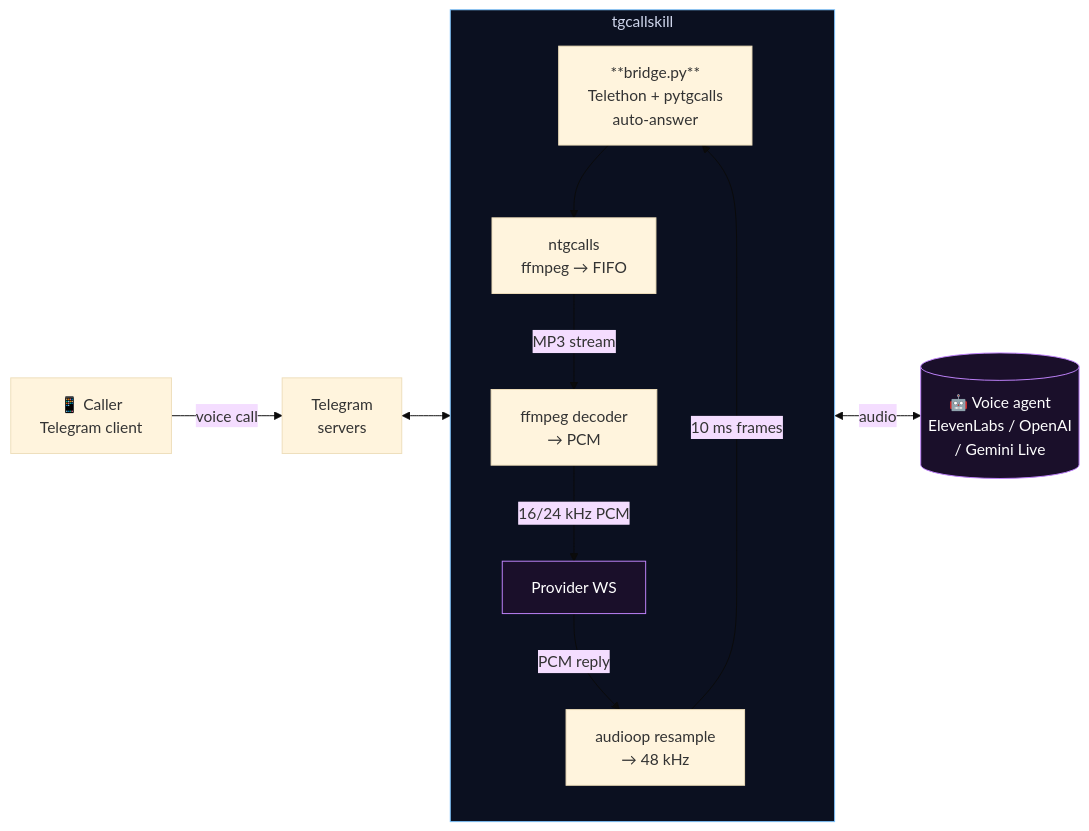
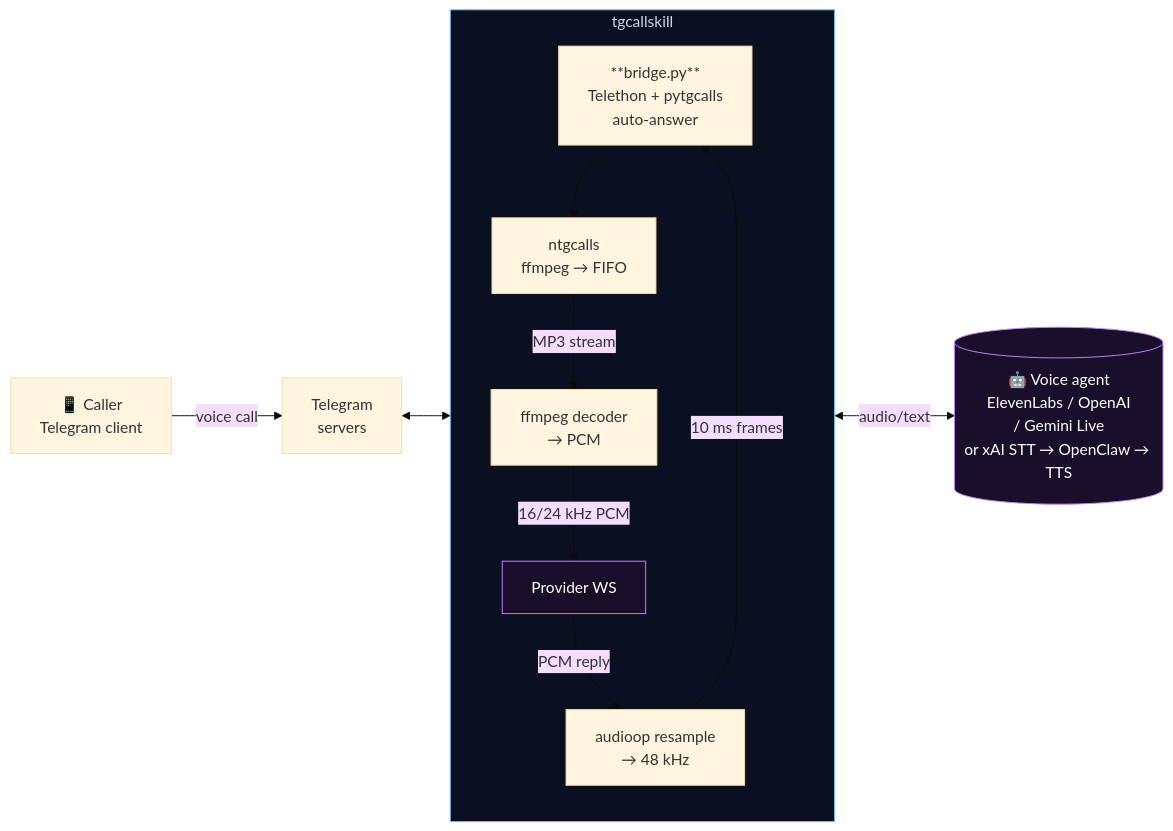
The diagram in README.md (lintware/telegramcaller), drawn with Mermaid (base theme) before and after one commit. The commit also changed other lines of this file and 4 other files, not shown here.

Commit message:
Add xAI STT TTS Chippy turn provider

````diff
--- a/README.md
+++ b/README.md
@@ -101,20 +104,20 @@
 ```mermaid
 flowchart LR
     A[📱 Caller<br/>Telegram client] -- voice call --> B[Telegram<br/>servers]
     B <--> C[**bridge.py**<br/>Telethon + pytgcalls<br/>auto-answer]
 
     subgraph BRIDGE [tgcallskill]
         direction TB
         C --> D[ntgcalls<br/>ffmpeg → FIFO]
         D -- MP3 stream --> E[ffmpeg decoder<br/>→ PCM]
         E -- 16/24 kHz PCM --> F[Provider WS]
         F -- PCM reply --> G[audioop resample<br/>→ 48 kHz]
         G -- 10 ms frames --> C
     end
 
-    F <-- audio --> H[("🤖 Voice agent<br/>ElevenLabs / OpenAI<br/>/ Gemini Live")]
+    F <-- audio/text --> H[("🤖 Voice agent<br/>ElevenLabs / OpenAI<br/>/ Gemini Live<br/>or xAI STT → OpenClaw → TTS")]
 
     style BRIDGE fill:#0b1020,stroke:#7cc4ff,color:#cfd6ec
     style F fill:#1a0f2a,stroke:#c084fc,color:#fff
     style H fill:#1a0f2a,stroke:#c084fc,color:#fff
 ```
````
